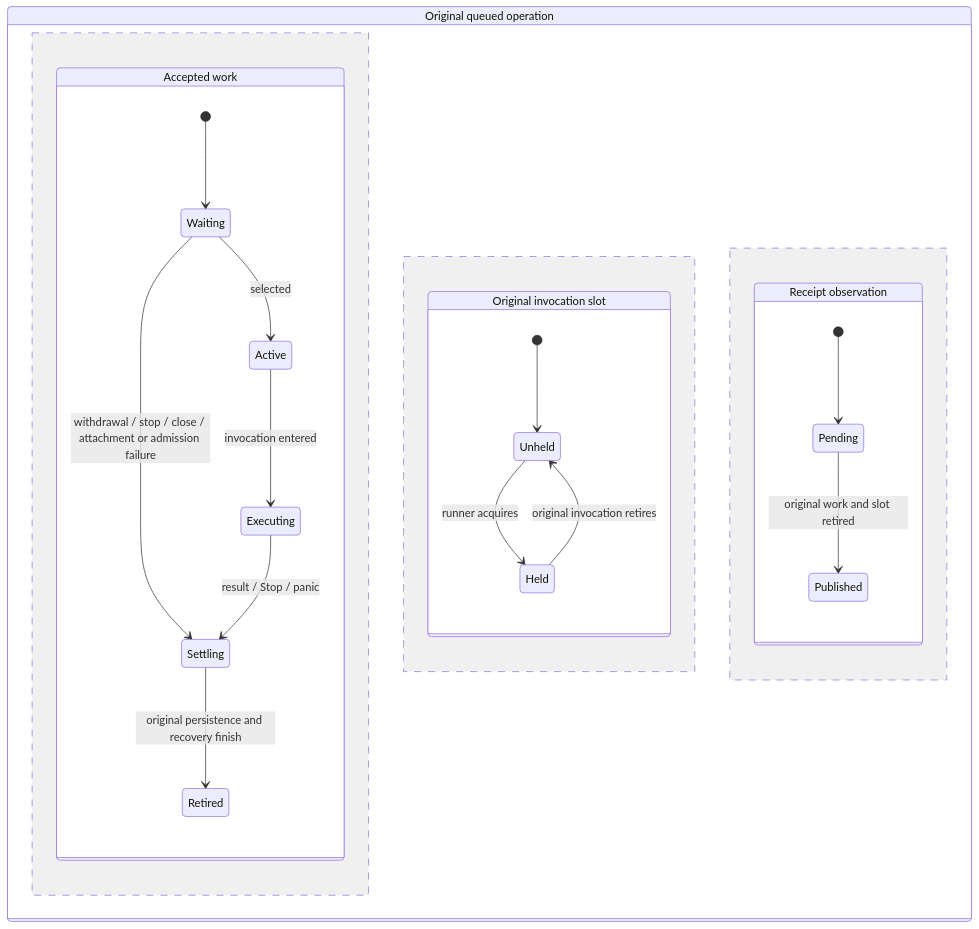
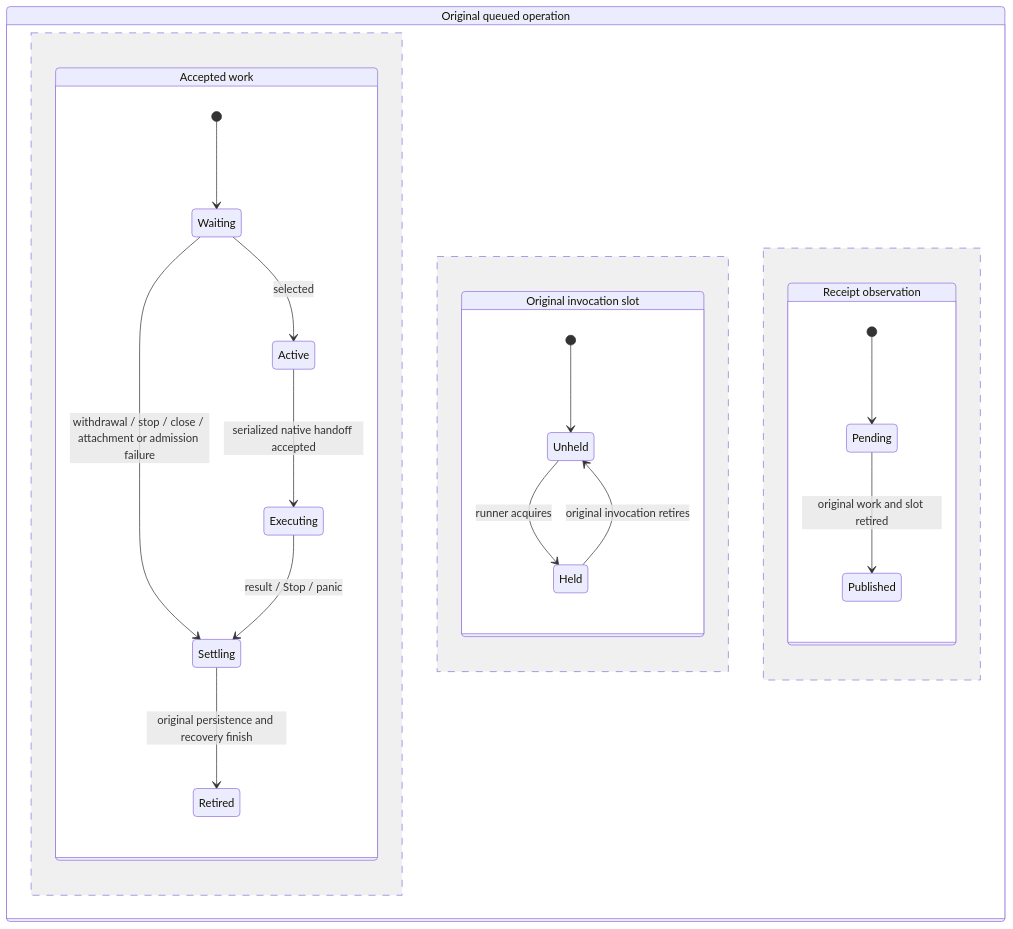
The diagram in crates/nessa-sdk/docs/agent_execution/scheduling.md (nessalabs/nessa-agent), drawn with Mermaid before and after one commit. The commit also changed other lines of this file and 231 other files, not shown here.

````diff
--- a/crates/nessa-sdk/docs/agent_execution/scheduling.md
+++ b/crates/nessa-sdk/docs/agent_execution/scheduling.md
@@ -243,24 +243,24 @@
 ```mermaid
 stateDiagram-v2
     state "Original queued operation" as Original {
         state "Accepted work" as Work {
             [*] --> Waiting
             Waiting --> Active: selected
             Waiting --> Settling: withdrawal / stop / close / attachment or admission failure
-            Active --> Executing: invocation entered
+            Active --> Executing: serialized native handoff accepted
             Executing --> Settling: result / Stop / panic
             Settling --> Retired: original persistence and recovery finish
         }
         --
         state "Original invocation slot" as Slot {
             [*] --> Unheld
             Unheld --> Held: runner acquires
             Held --> Unheld: original invocation retires
         }
         --
         state "Receipt observation" as Receipt {
             [*] --> Pending
             Pending --> Published: original work and slot retired
         }
     }
 ```
````
